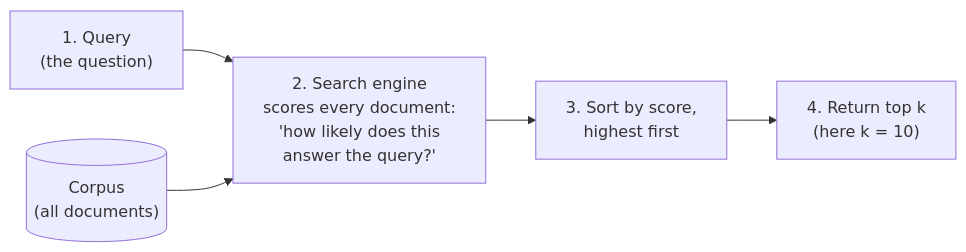
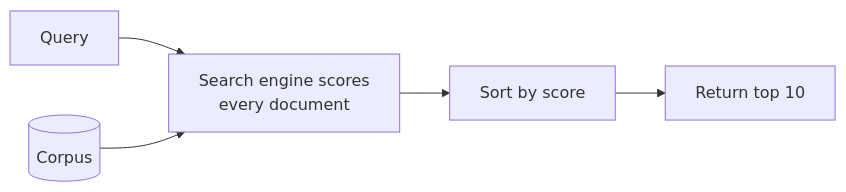
One commit to node31/fiqa-agentic-retrieval changed the first of 7 diagrams in docs/from_zero/01_the_problem_and_the_data.md. Above: the diagram before and after it, drawn with Mermaid. The commit also changed other lines of this file and 9 other files, not shown here.

````diff
--- a/docs/from_zero/01_the_problem_and_the_data.md
+++ b/docs/from_zero/01_the_problem_and_the_data.md
@@ -21,7 +11,7 @@
 ```mermaid
 flowchart LR
-    Q["1. Query<br/>(the question)"] --> E["2. Search engine<br/>scores every document:<br/>'how likely does this<br/>answer the query?'"]
-    C[("Corpus<br/>(all documents)")] --> E
-    E --> S["3. Sort by score,<br/>highest first"]
-    S --> K["4. Return top k<br/>(here k = 10)"]
+    Q["Query"] --> E["Search engine scores<br/>every document"]
+    C[("Corpus")] --> E
+    E --> S["Sort by score"]
+    S --> K["Return top 10"]
 ```
````
